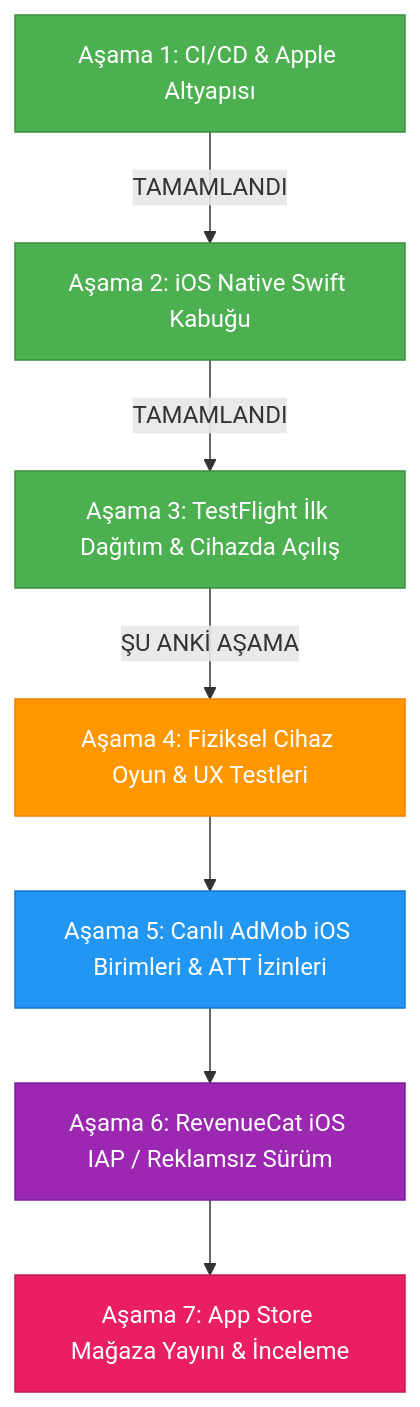
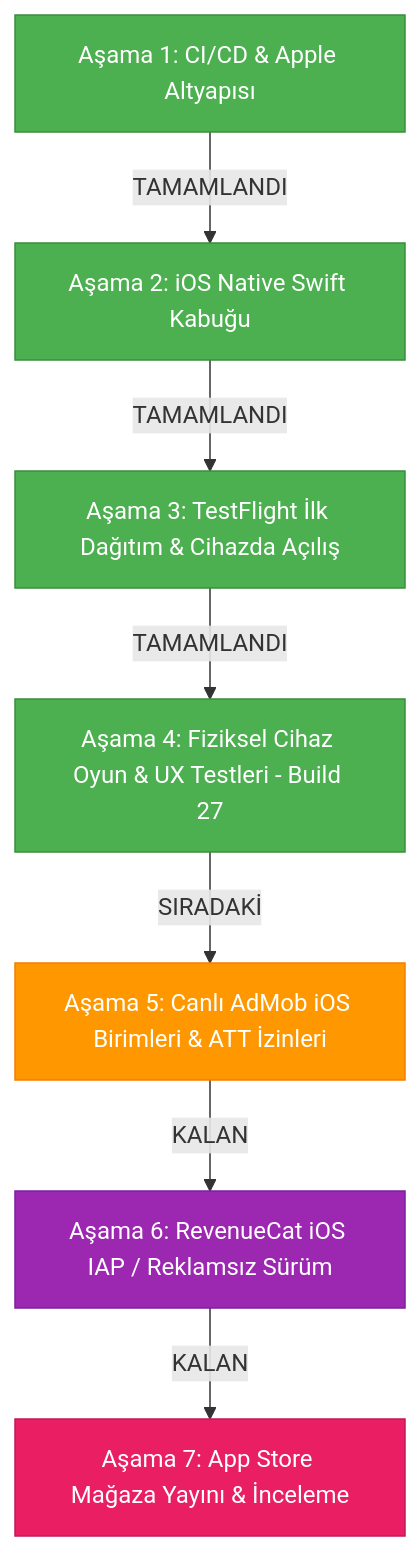
One commit to toygun1725/2-player-snake changed the diagram in MD Files/AI_Guide_iOS.md. Above: the diagram before and after it, drawn with Mermaid. The commit also changed other lines of this file and 1 other file, not shown here.

Commit message:
docs: update iOS roadmap status to Stage 4 (Build 27, v3.3.5) and document remaining stages

````diff
--- a/MD Files/AI_Guide_iOS.md
+++ b/MD Files/AI_Guide_iOS.md
@@ -69,17 +81,17 @@
 ```mermaid
 flowchart TD
     A[Aşama 1: CI/CD & Apple Altyapısı] -->|TAMAMLANDI| B[Aşama 2: iOS Native Swift Kabuğu]
     B -->|TAMAMLANDI| C[Aşama 3: TestFlight İlk Dağıtım & Cihazda Açılış]
-    C -->|ŞU ANKİ AŞAMA| D[Aşama 4: Fiziksel Cihaz Oyun & UX Testleri]
-    D --> E[Aşama 5: Canlı AdMob iOS Birimleri & ATT İzinleri]
-    E --> F[Aşama 6: RevenueCat iOS IAP / Reklamsız Sürüm]
-    F --> G[Aşama 7: App Store Mağaza Yayını & İnceleme]
+    C -->|TAMAMLANDI| D[Aşama 4: Fiziksel Cihaz Oyun & UX Testleri - Build 27]
+    D -->|SIRADAKİ| E[Aşama 5: Canlı AdMob iOS Birimleri & ATT İzinleri]
+    E -->|KALAN| F[Aşama 6: RevenueCat iOS IAP / Reklamsız Sürüm]
+    F -->|KALAN| G[Aşama 7: App Store Mağaza Yayını & İnceleme]
 
     style A fill:#4CAF50,stroke:#388E3C,color:#fff
     style B fill:#4CAF50,stroke:#388E3C,color:#fff
     style C fill:#4CAF50,stroke:#388E3C,color:#fff
-    style D fill:#FF9800,stroke:#F57C00,color:#fff
-    style E fill:#2196F3,stroke:#1976D2,color:#fff
+    style D fill:#4CAF50,stroke:#388E3C,color:#fff
+    style E fill:#FF9800,stroke:#F57C00,color:#fff
     style F fill:#9C27B0,stroke:#7B1FA2,color:#fff
     style G fill:#E91E63,stroke:#C2185B,color:#fff
 ```
````
